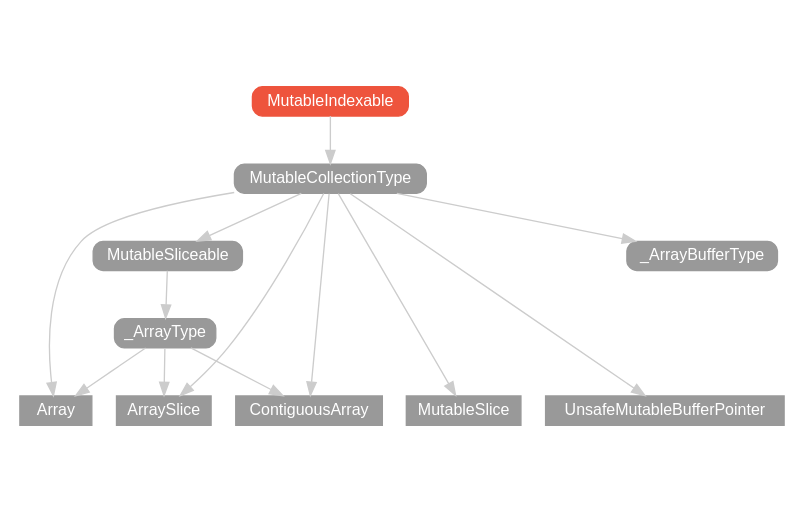
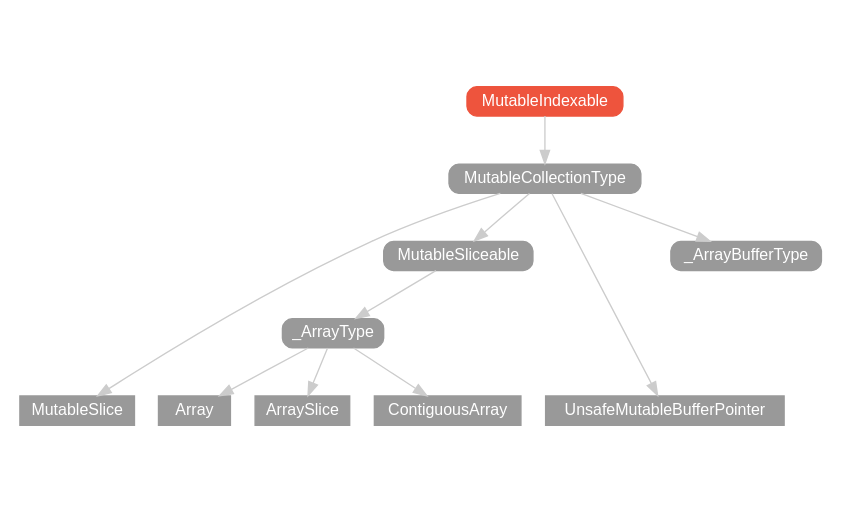
Before and after one commit to SwiftDoc/SwiftDoc.github.io: the diagram in v2.1/protocol/MutableIndexable/hierarchy/index.dot, drawn with Graphviz. The commit also changed 1932 other files, not shown here.

```diff
--- a/v2.1/protocol/MutableIndexable/hierarchy/index.dot
+++ b/v2.1/protocol/MutableIndexable/hierarchy/index.dot
@@ -1,29 +1,26 @@
 strict digraph "MutableIndexable - Type Hierarchy - SwiftDoc.org" {
     pad="0.1,0.8"
     node [shape=box, style="filled,rounded", color="#999999", fillcolor="#999999", fontcolor=white, fontname=Helvetica, fontnames="Helvetica,sansserif", fontsize=12, margin="0.07,0.05", height="0.3"]
     edge [color="#cccccc"]
     "Array" [URL="/type/Array/", style=filled]
     "ArraySlice" [URL="/type/ArraySlice/", style=filled]
     "ContiguousArray" [URL="/type/ContiguousArray/", style=filled]
     "MutableCollectionType" [URL="/protocol/MutableCollectionType/"]
     "MutableIndexable" [URL="/protocol/MutableIndexable/", style="filled,rounded", fillcolor="#ee543d", color="#ee543d"]
     "MutableSlice" [URL="/type/MutableSlice/", style=filled]
     "MutableSliceable" [URL="/protocol/MutableSliceable/"]
     "UnsafeMutableBufferPointer" [URL="/type/UnsafeMutableBufferPointer/", style=filled]
     "_ArrayBufferType" [URL="/protocol/_ArrayBufferType/"]
     "_ArrayType" [URL="/protocol/_ArrayType/"]    "MutableIndexable" -> "MutableCollectionType"
-    "MutableCollectionType" -> "Array"
-    "MutableCollectionType" -> "ArraySlice"
-    "MutableCollectionType" -> "ContiguousArray"
     "MutableCollectionType" -> "MutableSlice"
     "MutableCollectionType" -> "MutableSliceable"
     "MutableCollectionType" -> "UnsafeMutableBufferPointer"
     "MutableCollectionType" -> "_ArrayBufferType"
     "MutableSliceable" -> "_ArrayType"
     "_ArrayType" -> "Array"
     "_ArrayType" -> "ArraySlice"
     "_ArrayType" -> "ContiguousArray"
     subgraph Types {
-        rank = max; "Array"; "ArraySlice"; "ContiguousArray"; "MutableSlice"; "UnsafeMutableBufferPointer";
+        rank = max; "MutableSlice"; "UnsafeMutableBufferPointer"; "Array"; "ArraySlice"; "ContiguousArray";
     }
 }
```
